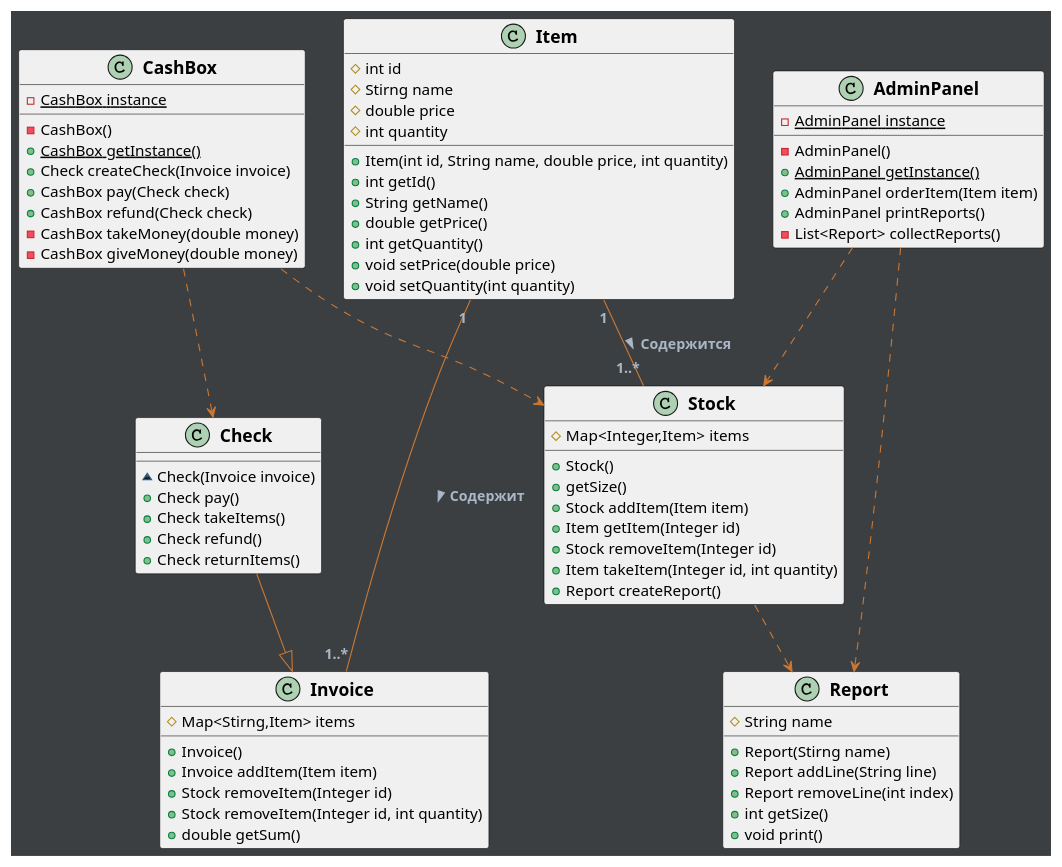
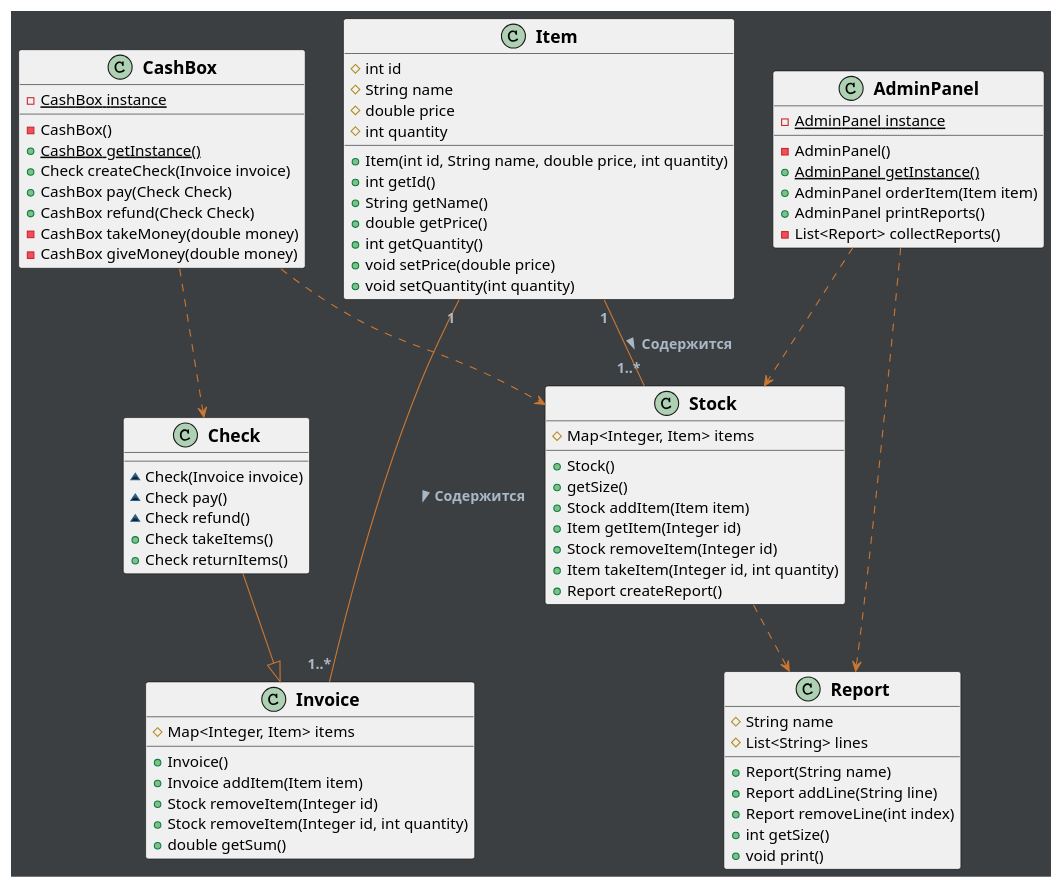
One commit to justnero/university changed the diagram in semestr.04/PPCT/Lab.02/Lab.02.puml. Above: the diagram before and after it, drawn with PlantUML. The commit also changed 1 other file, not shown here.

```diff
--- a/semestr.04/PPCT/Lab.02/Lab.02.puml
+++ b/semestr.04/PPCT/Lab.02/Lab.02.puml
@@ -1,120 +1,119 @@
 @startuml
 
 skinparam {
-
     class {
         BackgroundColor #f0f0f0
         BorderColor #000000
         FontSize 16
         FontStyle bold
         Style uml2
         ArrowColor #cc7832
         ArrowFontColor #A9B7C6
         ArrowFontStyle bold
         ArrowStyle italic
         }
 
     backgroundColor #3c3f41
     titleFontColor #A9B7C6
     titleFontSize 44
     packageBackgroundColor #808080-#black
     packageFontColor #cccccc
 
     circledCharacterFontColor f0f0f0
     circledCharacterFontSize 17
     circledCharacterFontStyle bold
     circledCharacterFontName  Courier
     circledCharacterRadius 11
 
     stereotypeCBackgroundColor #909090
     stereotypeABackgroundColor #CC0000
     stereotypeIBackgroundColor #0000bb
 
     noteBackgroundColor #808080
     noteBorderColor #black
-
 }
 
 class Item {
     #int id
-    #Stirng name
+    #String name
     #double price
     #int quantity
     +Item(int id, String name, double price, int quantity)
     +int getId()
     +String getName()
     +double getPrice()
     +int getQuantity()
     +void setPrice(double price)
     +void setQuantity(int quantity)
 }
 
 class Report {
     #String name
-    +Report(Stirng name)
+    #List<String> lines
+    +Report(String name)
     +Report addLine(String line)
     +Report removeLine(int index)
     +int getSize()
     +void print()
 }
 
 class Stock {
-    #Map<Integer,Item> items
+    #Map<Integer, Item> items
     +Stock()
     +getSize()
     +Stock addItem(Item item)
     +Item getItem(Integer id)
     +Stock removeItem(Integer id)
     +Item takeItem(Integer id, int quantity)
     +Report createReport()
 }
 
 class Invoice {
-    #Map<Stirng,Item> items
+    #Map<Integer, Item> items
     +Invoice()
     +Invoice addItem(Item item)
     +Stock removeItem(Integer id)
     +Stock removeItem(Integer id, int quantity)
     +double getSum()
 }
 
 class Check {
     ~Check(Invoice invoice)
-    +Check pay()
+    ~Check pay()
+    ~Check refund()
     +Check takeItems()
-    +Check refund()
     +Check returnItems()
 }
 
 class CashBox {
     {static} -CashBox instance
     -CashBox()
     {static} +CashBox getInstance()
     +Check createCheck(Invoice invoice)
-    +CashBox pay(Check check)
-    +CashBox refund(Check check)
+    +CashBox pay(Check Check)
+    +CashBox refund(Check Check)
     -CashBox takeMoney(double money)
     -CashBox giveMoney(double money)
 }
 
 class AdminPanel {
     {static} -AdminPanel instance
     -AdminPanel()
     {static} +AdminPanel getInstance()
     +AdminPanel orderItem(Item item)
     +AdminPanel printReports()
     -List<Report> collectReports()
 }
 
 
 Check --|> Invoice
 Item "1" -- "1..*" Stock : "Содержится >"
 Stock ..> Report
 AdminPanel ..> Stock
 AdminPanel ..> Report
 CashBox ..> Stock
 CashBox ..> Check
-Item "1" -- "1..*" Invoice : "Содержит >"
+Item "1" -- "1..*" Invoice : "Содержится >"
 
 
 @enduml
```
